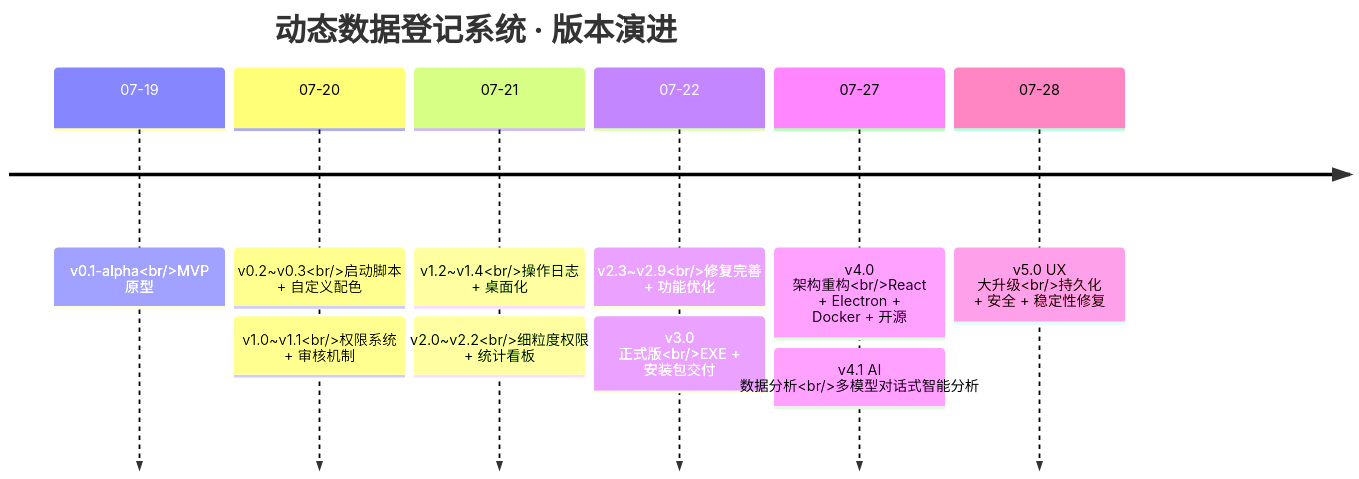
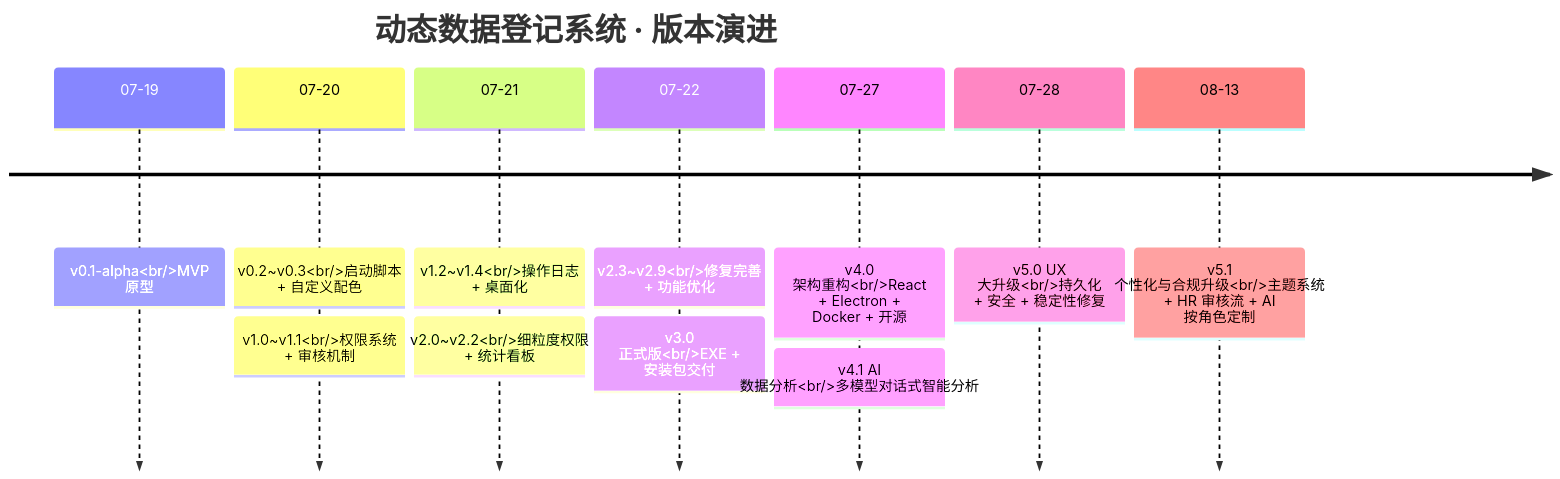
Before and after one commit to jincheng3870682453-hash/shujuku: the eighth of 8 diagrams in README.md, drawn with Mermaid. The commit also changed other lines of this file and 19 other files, not shown here.

Commit message:
feat: v5.1 theme system, HR delete review flow, AI role customization, AI history store, dev log

````diff
--- a/README.md
+++ b/README.md
@@ -925,14 +1013,15 @@
 ```mermaid
 timeline
     title 动态数据登记系统 · 版本演进
     07-19 : v0.1-alpha<br/>MVP 原型
     07-20 : v0.2~v0.3<br/>启动脚本 + 自定义配色
           : v1.0~v1.1<br/>权限系统 + 审核机制
     07-21 : v1.2~v1.4<br/>操作日志 + 桌面化
           : v2.0~v2.2<br/>细粒度权限 + 统计看板
     07-22 : v2.3~v2.9<br/>修复完善 + 功能优化
           : v3.0 正式版<br/>EXE + 安装包交付
     07-27 : v4.0 架构重构<br/>React + Electron + Docker + 开源
           : v4.1 AI 数据分析<br/>多模型对话式智能分析
     07-28 : v5.0 UX 大升级<br/>持久化 + 安全 + 稳定性修复
+    08-13 : v5.1 个性化与合规升级<br/>主题系统 + HR 审核流 + AI 按角色定制
 ```
````
